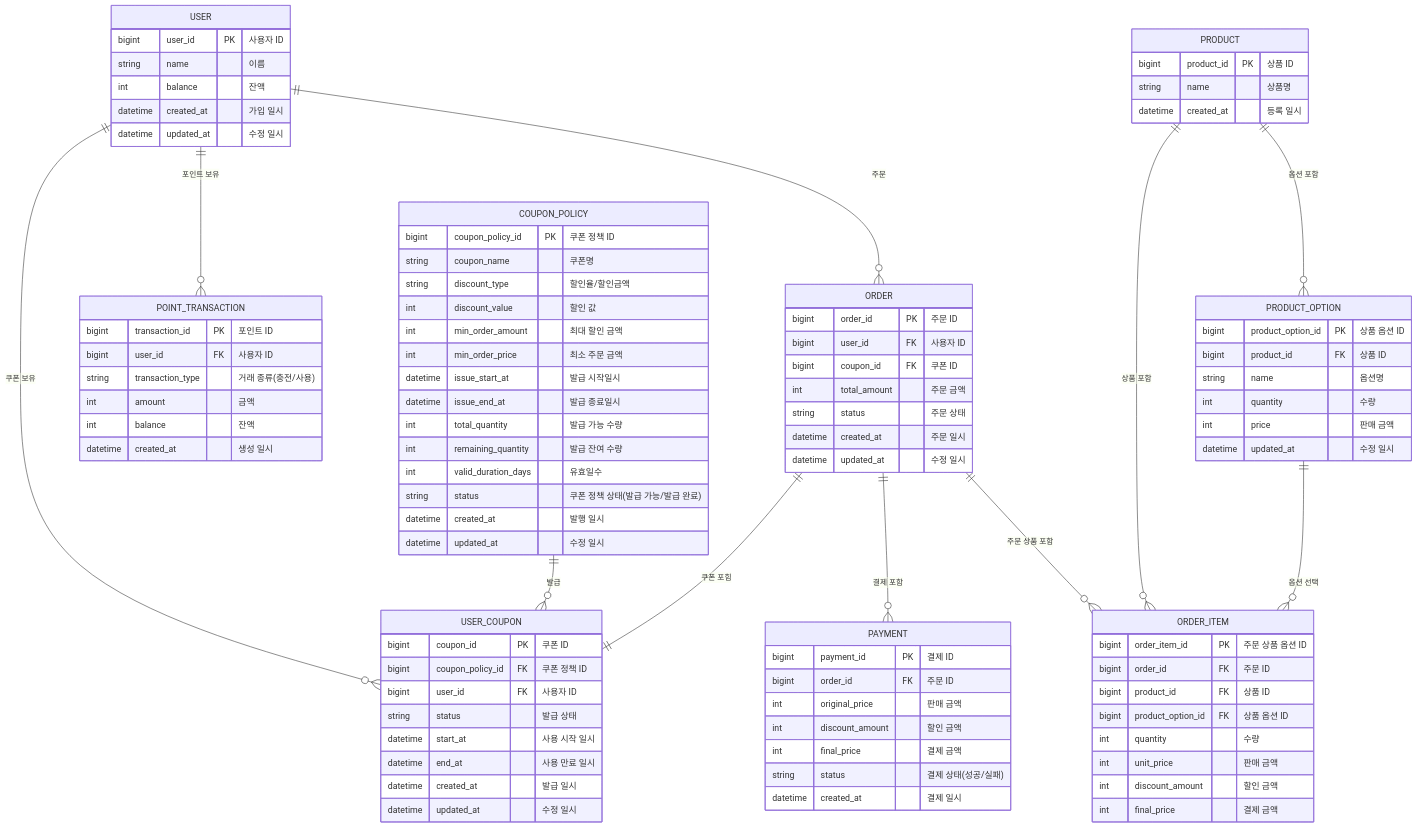
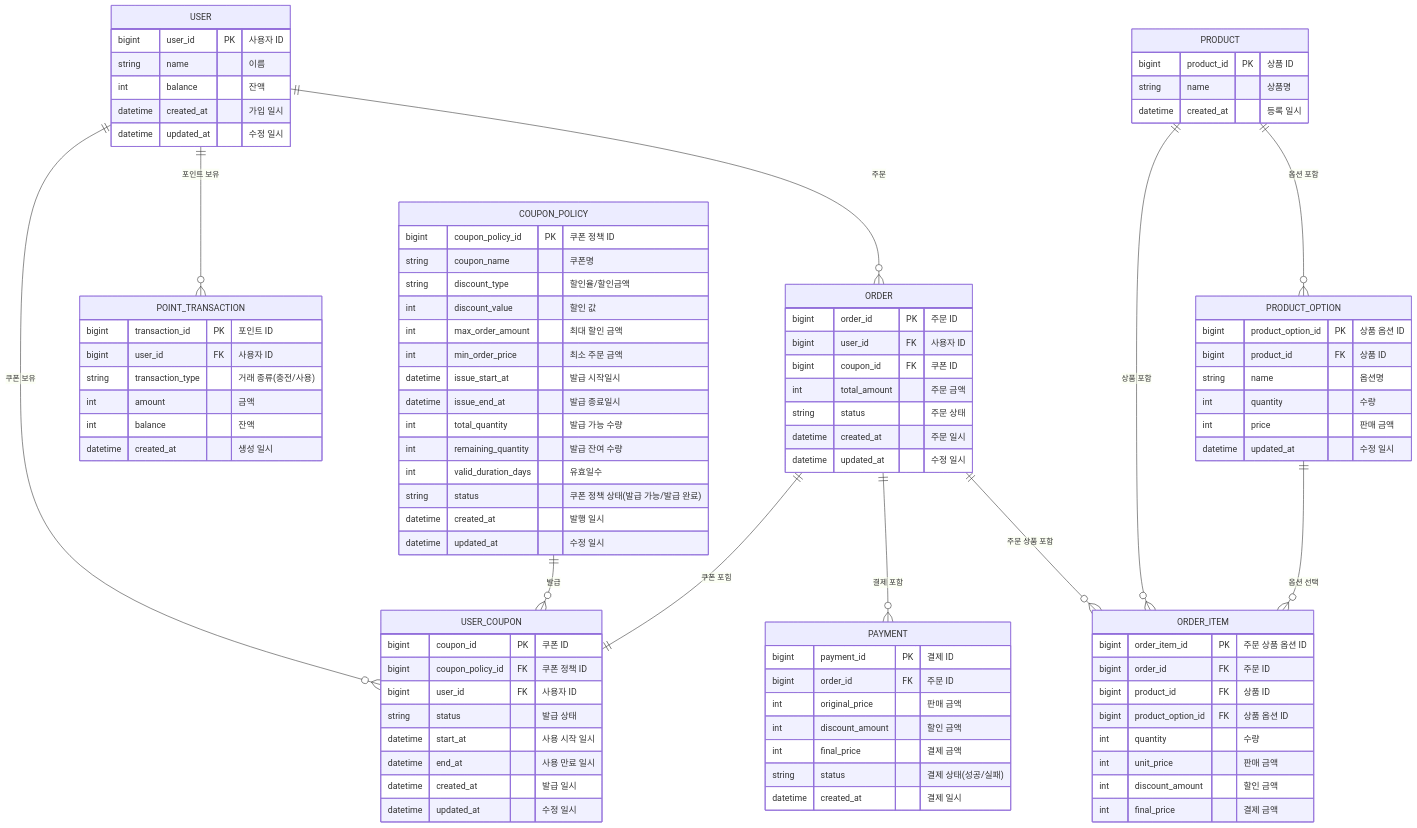
One commit to tina0430/e-commerce changed the diagram in docs/erd.md. Above: the diagram before and after it, drawn with Mermaid. The commit also changed 1 other file, not shown here.

Commit message:
docs: pull_request_template.md 업데이트

```diff
--- a/docs/erd.md
+++ b/docs/erd.md
@@ -8,7 +8,7 @@
       string coupon_name "쿠폰명"
       string discount_type "할인율/할인금액"
       int discount_value "할인 값"
-      int min_order_amount "최대 할인 금액"
+      int max_order_amount "최대 할인 금액"
       int min_order_price "최소 주문 금액"
       datetime issue_start_at "발급 시작일시"
       datetime issue_end_at "발급 종료일시"
```
